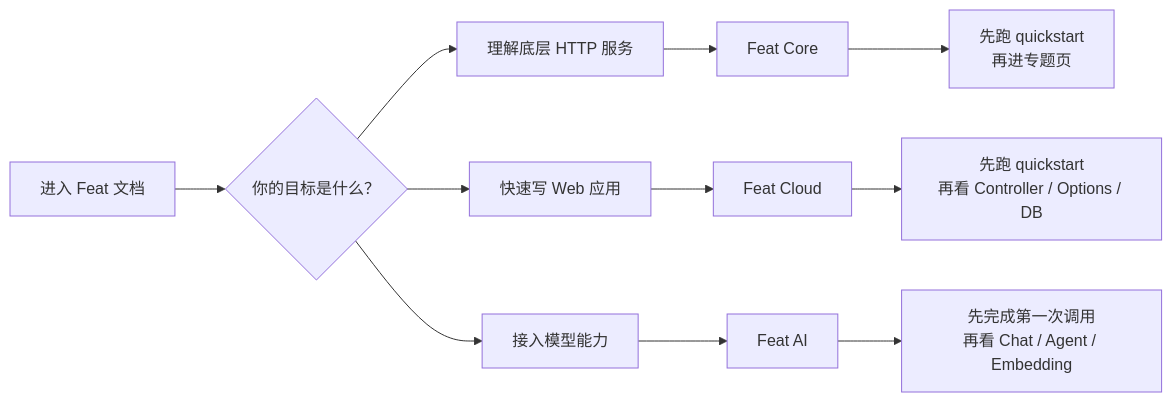
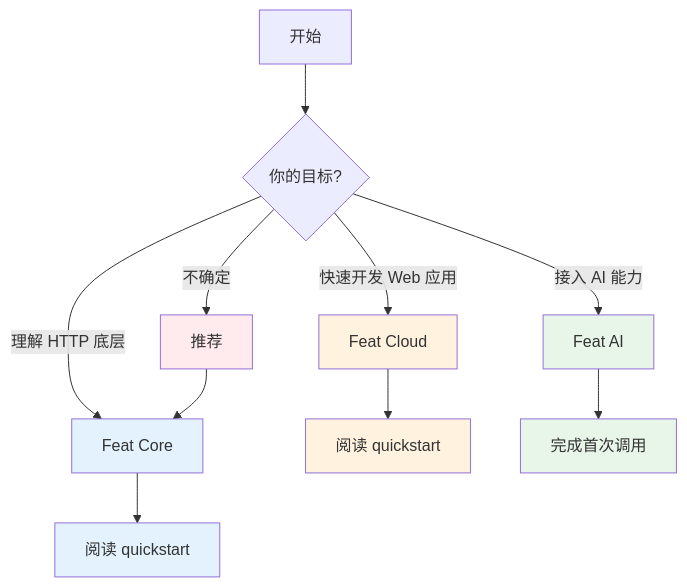
Before and after one commit to smartboot/feat: the diagram in pages/src/content/docs/getting-started/index.mdx, drawn with Mermaid. The commit also changed other lines of this file and 1 other file, not shown here.

Commit message:
docs(diagram): 更新图表标准文档，精简内容并优化指导原则
- 删除过复杂的 Mermaid 示例图表，简化文档结构
- 将图表大小控制标准具体化为节点数量和文字可读性指标
- 添加复杂图表的替代方案

````diff
--- a/pages/src/content/docs/getting-started/index.mdx
+++ b/pages/src/content/docs/getting-started/index.mdx
@@ -14,13 +16,20 @@
 ```mermaid
-flowchart LR
-    A["进入 Feat 文档"] --> B{"你的目标是什么？"}
-    B --> C["理解底层 HTTP 服务"]
-    B --> D["快速写 Web 应用"]
-    B --> E["接入模型能力"]
-    C --> F["Feat Core"]
-    D --> G["Feat Cloud"]
-    E --> H["Feat AI"]
-    F --> I["先跑 quickstart<br/>再进专题页"]
-    G --> J["先跑 quickstart<br/>再看 Controller / Options / DB"]
-    H --> K["先完成第一次调用<br/>再看 Chat / Agent / Embedding"]
+flowchart TD
+    A[开始] --> B{你的目标?}
+    B -->|理解 HTTP 底层| C[Feat Core]
+    B -->|快速开发 Web 应用| D[Feat Cloud]
+    B -->|接入 AI 能力| E[Feat AI]
+    B -->|不确定| F[推荐]
+    C --> G[阅读 quickstart]
+    D --> H[阅读 quickstart]
+    E --> I[完成首次调用]
+    F --> C
+    
+    style C fill:#e3f2fd
+    style D fill:#fff3e0
+    style E fill:#e8f5e9
+    style F fill:#ffebee
+    style G fill:#e3f2fd
+    style H fill:#fff3e0
+    style I fill:#e8f5e9
 ```
````
